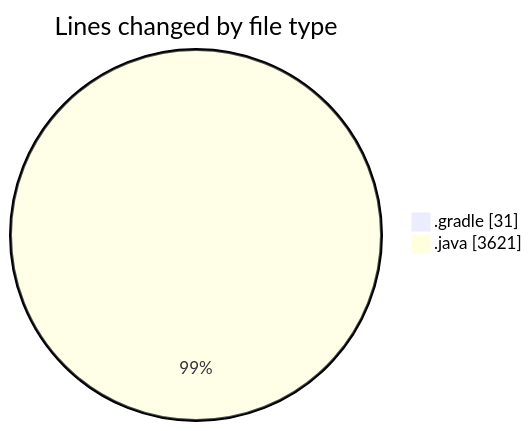
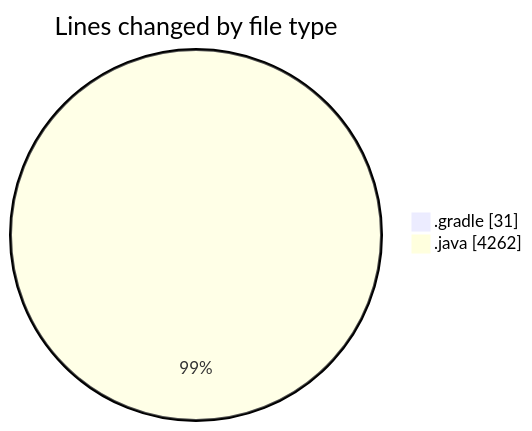
The first of 2 diagrams in 2025-02-21/micros/README.md (charlie-sans/code-tracking), drawn with Mermaid before and after one commit. The commit also changed other lines of this file and 1 other file, not shown here.

````diff
--- a/2025-02-21/micros/README.md
+++ b/2025-02-21/micros/README.md
@@ -38,6 +40,6 @@
 ```mermaid
 pie showData
 title Lines changed by file type
 ".gradle" : 31
-".java" : 3621
+".java" : 4262
 ```
````
